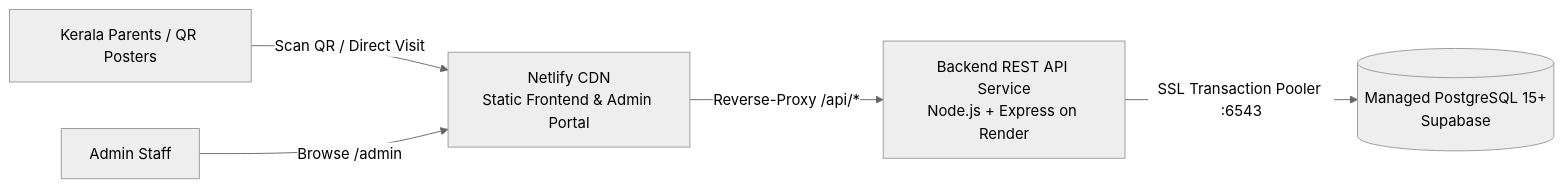
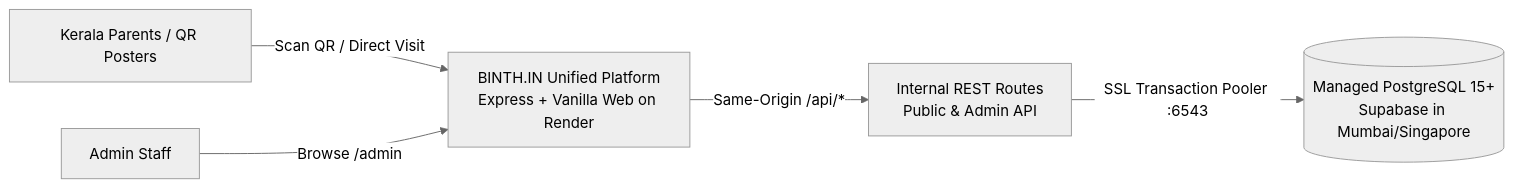
One commit to Mohdnabeelsid/binth changed the diagram in PRODUCTION_DEPLOYMENT_GUIDE.md. Above: the diagram before and after it, drawn with Mermaid (neutral theme). The commit also changed other lines of this file and 4 other files, not shown here.

Commit message:
feat(deployment): configure Option 2 unified Render web service with security isolation

````diff
--- a/PRODUCTION_DEPLOYMENT_GUIDE.md
+++ b/PRODUCTION_DEPLOYMENT_GUIDE.md
@@ -10,9 +10,8 @@
 ```mermaid
 graph LR
-    User[Kerala Parents / QR Posters] -->|Scan QR / Direct Visit| Netlify[Netlify CDN\nStatic Frontend & Admin Portal]
-    Staff[Admin Staff] -->|Browse /admin| Netlify
+    User[Kerala Parents / QR Posters] -->|Scan QR / Direct Visit| Render[BINTH.IN Unified Platform\nExpress + Vanilla Web on Render]
+    Staff[Admin Staff] -->|Browse /admin| Render
     
-    Netlify -->|Reverse-Proxy /api/*| Render[Backend REST API Service\nNode.js + Express on Render]
-    
-    Render -->|SSL Transaction Pooler :6543| Supabase[(Managed PostgreSQL 15+\nSupabase)]
+    Render -->|Same-Origin /api/*| RenderAPI[Internal REST Routes\nPublic & Admin API]
+    RenderAPI -->|SSL Transaction Pooler :6543| Supabase[(Managed PostgreSQL 15+\nSupabase in Mumbai/Singapore)]
 ```
````
